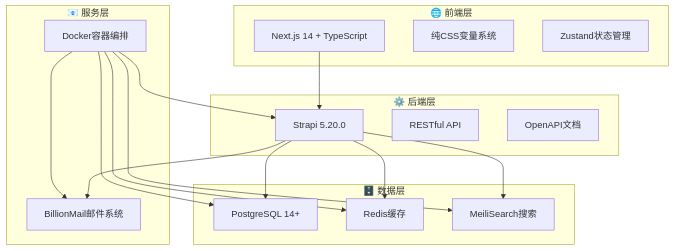
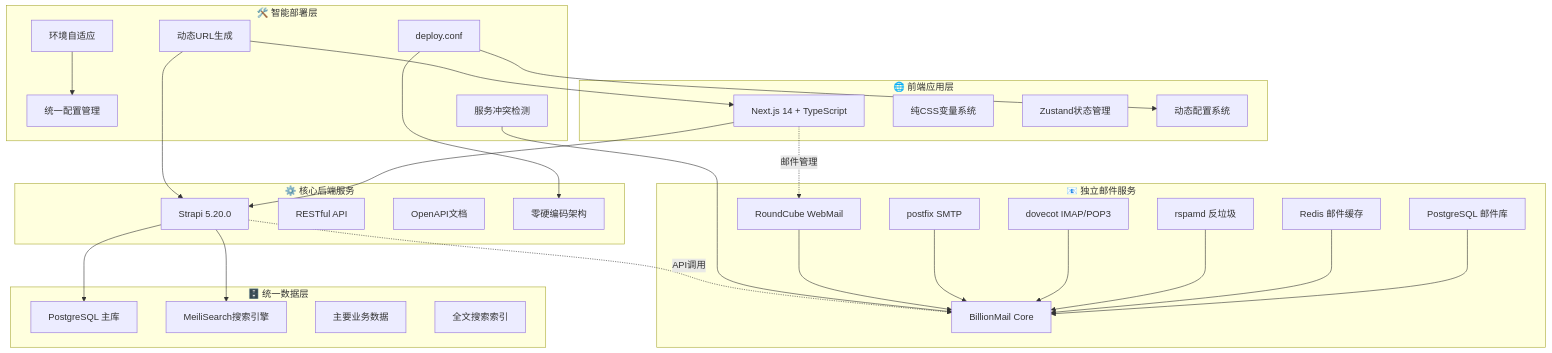
Before and after one commit to lyfe2025/aibianx: the first of 3 diagrams in README.md, drawn with Mermaid. The commit also changed other lines of this file and 6 other files, not shown here.

````diff
--- a/README.md
+++ b/README.md
@@ -37,36 +37,62 @@
 ```mermaid
 graph TB
-    subgraph "🌐 前端层"
+    subgraph "🌐 前端应用层"
         A[Next.js 14 + TypeScript]
         B[纯CSS变量系统]
         C[Zustand状态管理]
+        A1[动态配置系统]
     end
     
-    subgraph "⚙️ 后端层"
+    subgraph "⚙️ 核心后端服务"
         D[Strapi 5.20.0]
         E[RESTful API]
         F[OpenAPI文档]
+        D1[零硬编码架构]
     end
     
-    subgraph "🗄️ 数据层"
-        G[PostgreSQL 14+]
-        H[Redis缓存]
-        I[MeiliSearch搜索]
+    subgraph "🗄️ 统一数据层"
+        G[PostgreSQL 主库]
+        I[MeiliSearch搜索引擎]
+        G1[主要业务数据]
+        I1[全文搜索索引]
     end
     
-    subgraph "📧 服务层"
-        J[BillionMail邮件系统]
-        K[Docker容器编排]
+    subgraph "📧 独立邮件服务"
+        J[BillionMail Core]
+        J1[PostgreSQL 邮件库]
+        J2[Redis 邮件缓存]
+        J3[rspamd 反垃圾]
+        J4[dovecot IMAP/POP3]
+        J5[postfix SMTP]
+        J6[RoundCube WebMail]
+    end
+    
+    subgraph "🛠️ 智能部署层"
+        K[统一配置管理]
+        K1[deploy.conf]
+        K2[动态URL生成]
+        K3[环境自适应]
+        K4[服务冲突检测]
     end
     
     A --> D
     D --> G
-    D --> H
     D --> I
-    D --> J
-    K --> D
-    K --> G
-    K --> H
-    K --> I
-    K --> J
+    
+    J1 --> J
+    J2 --> J
+    J3 --> J
+    J4 --> J
+    J5 --> J
+    J6 --> J
+    
+    K1 --> A1
+    K1 --> D1
+    K2 --> A
+    K2 --> D
+    K3 --> K
+    K4 --> J
+    
+    D -.->|API调用| J
+    A -.->|邮件管理| J6
 ```
````
